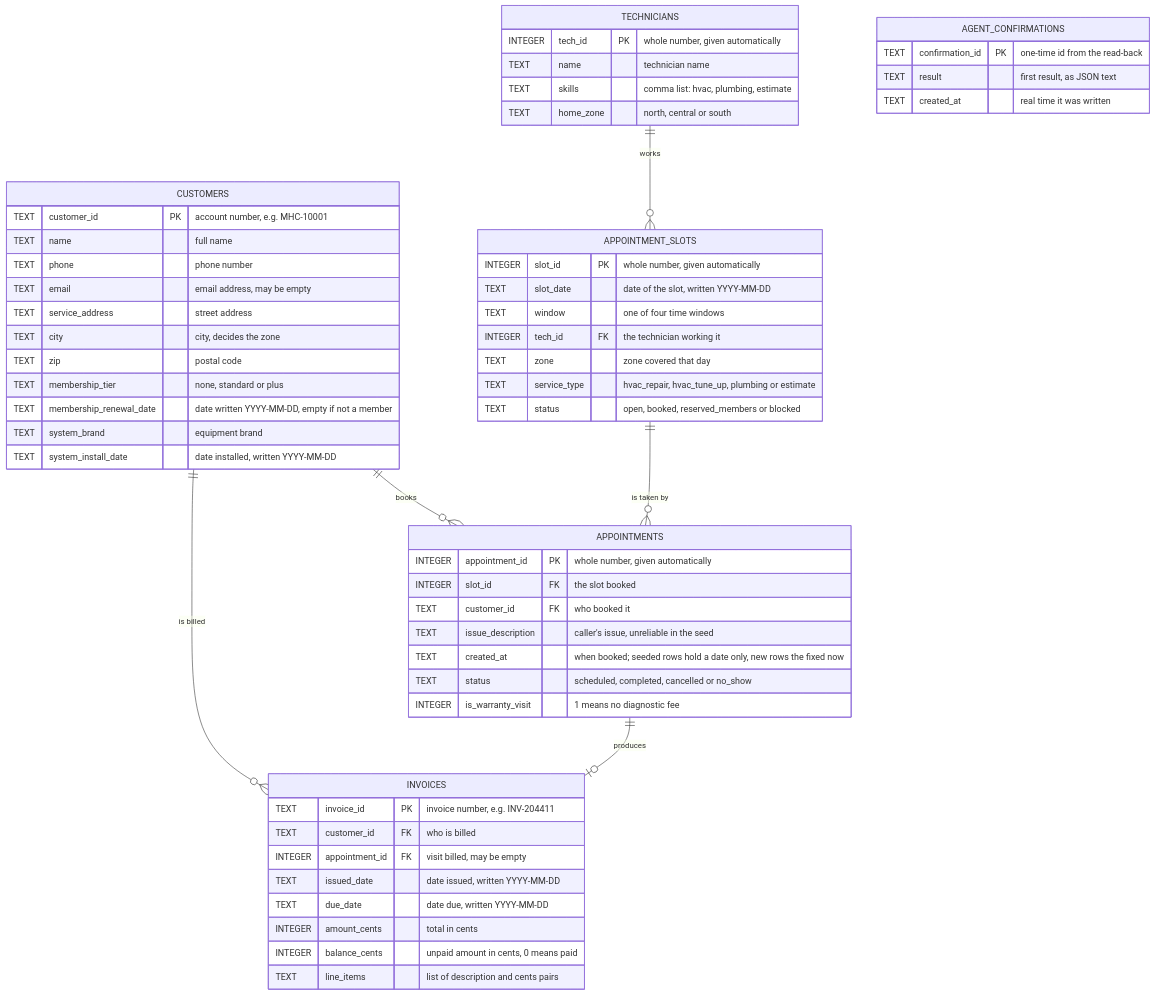
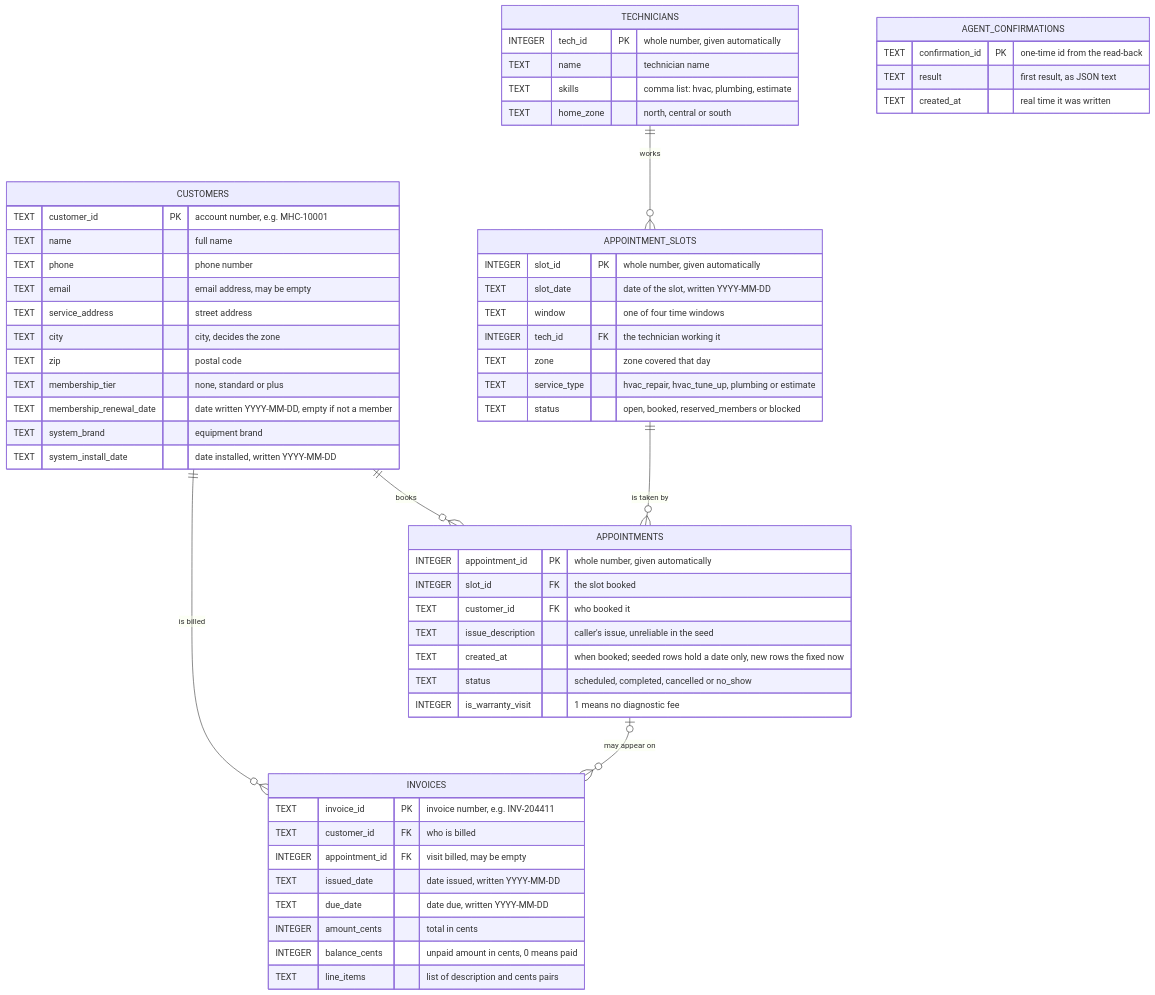
Before and after one commit to lucycchi/AI_Call_Center_Agent: the third of 21 diagrams in docs/ARCHITECTURE.md, drawn with Mermaid. The commit also changed other lines of this file and 8 other files, not shown here.

First line of the commit message:
fix(live): a used-up network block sends another visitor's emergency to the merged ticket; IPv4-mapped addresses count by their IPv4 block; the overflow ticket is retried and capped; architecture document and stale lines brought up to date

````diff
--- a/docs/ARCHITECTURE.md
+++ b/docs/ARCHITECTURE.md
@@ -98,60 +109,60 @@
 ```mermaid
 erDiagram
     CUSTOMERS ||--o{ APPOINTMENTS : "books"
     CUSTOMERS ||--o{ INVOICES : "is billed"
     TECHNICIANS ||--o{ APPOINTMENT_SLOTS : "works"
     APPOINTMENT_SLOTS ||--o{ APPOINTMENTS : "is taken by"
-    APPOINTMENTS ||--o| INVOICES : "produces"
+    APPOINTMENTS o|--o{ INVOICES : "may appear on"
     CUSTOMERS {
         TEXT customer_id PK "account number, e.g. MHC-10001"
         TEXT name "full name"
         TEXT phone "phone number"
         TEXT email "email address, may be empty"
         TEXT service_address "street address"
         TEXT city "city, decides the zone"
         TEXT zip "postal code"
         TEXT membership_tier "none, standard or plus"
         TEXT membership_renewal_date "date written YYYY-MM-DD, empty if not a member"
         TEXT system_brand "equipment brand"
         TEXT system_install_date "date installed, written YYYY-MM-DD"
     }
     TECHNICIANS {
         INTEGER tech_id PK "whole number, given automatically"
         TEXT name "technician name"
         TEXT skills "comma list: hvac, plumbing, estimate"
         TEXT home_zone "north, central or south"
     }
     APPOINTMENT_SLOTS {
         INTEGER slot_id PK "whole number, given automatically"
         TEXT slot_date "date of the slot, written YYYY-MM-DD"
         TEXT window "one of four time windows"
         INTEGER tech_id FK "the technician working it"
         TEXT zone "zone covered that day"
         TEXT service_type "hvac_repair, hvac_tune_up, plumbing or estimate"
         TEXT status "open, booked, reserved_members or blocked"
     }
     APPOINTMENTS {
         INTEGER appointment_id PK "whole number, given automatically"
         INTEGER slot_id FK "the slot booked"
         TEXT customer_id FK "who booked it"
         TEXT issue_description "caller's issue, unreliable in the seed"
         TEXT created_at "when booked; seeded rows hold a date only, new rows the fixed now"
         TEXT status "scheduled, completed, cancelled or no_show"
         INTEGER is_warranty_visit "1 means no diagnostic fee"
     }
     AGENT_CONFIRMATIONS {
         TEXT confirmation_id PK "one-time id from the read-back"
         TEXT result "first result, as JSON text"
         TEXT created_at "real time it was written"
     }
     INVOICES {
         TEXT invoice_id PK "invoice number, e.g. INV-204411"
         TEXT customer_id FK "who is billed"
         INTEGER appointment_id FK "visit billed, may be empty"
         TEXT issued_date "date issued, written YYYY-MM-DD"
         TEXT due_date "date due, written YYYY-MM-DD"
         INTEGER amount_cents "total in cents"
         INTEGER balance_cents "unpaid amount in cents, 0 means paid"
         TEXT line_items "list of description and cents pairs"
     }
 ```
````
